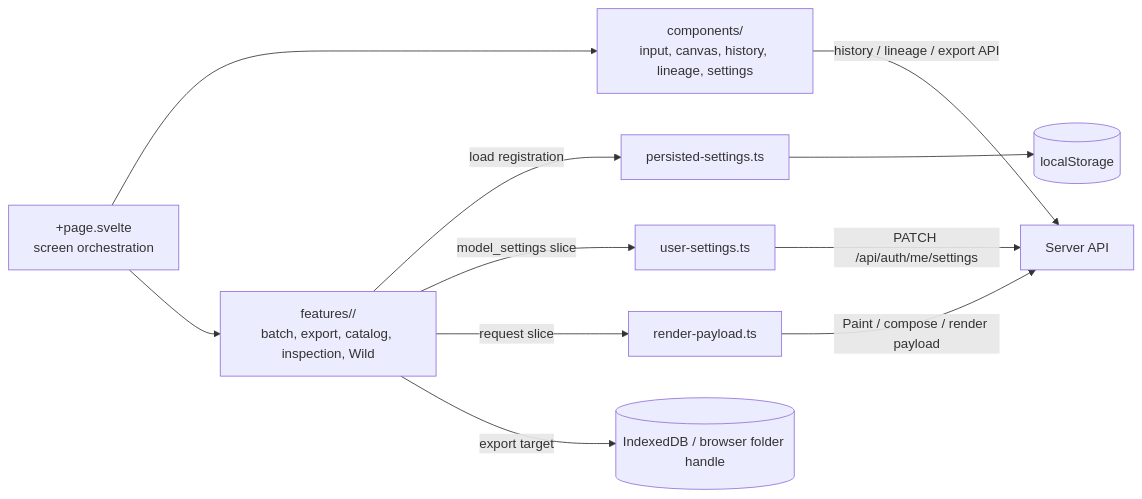
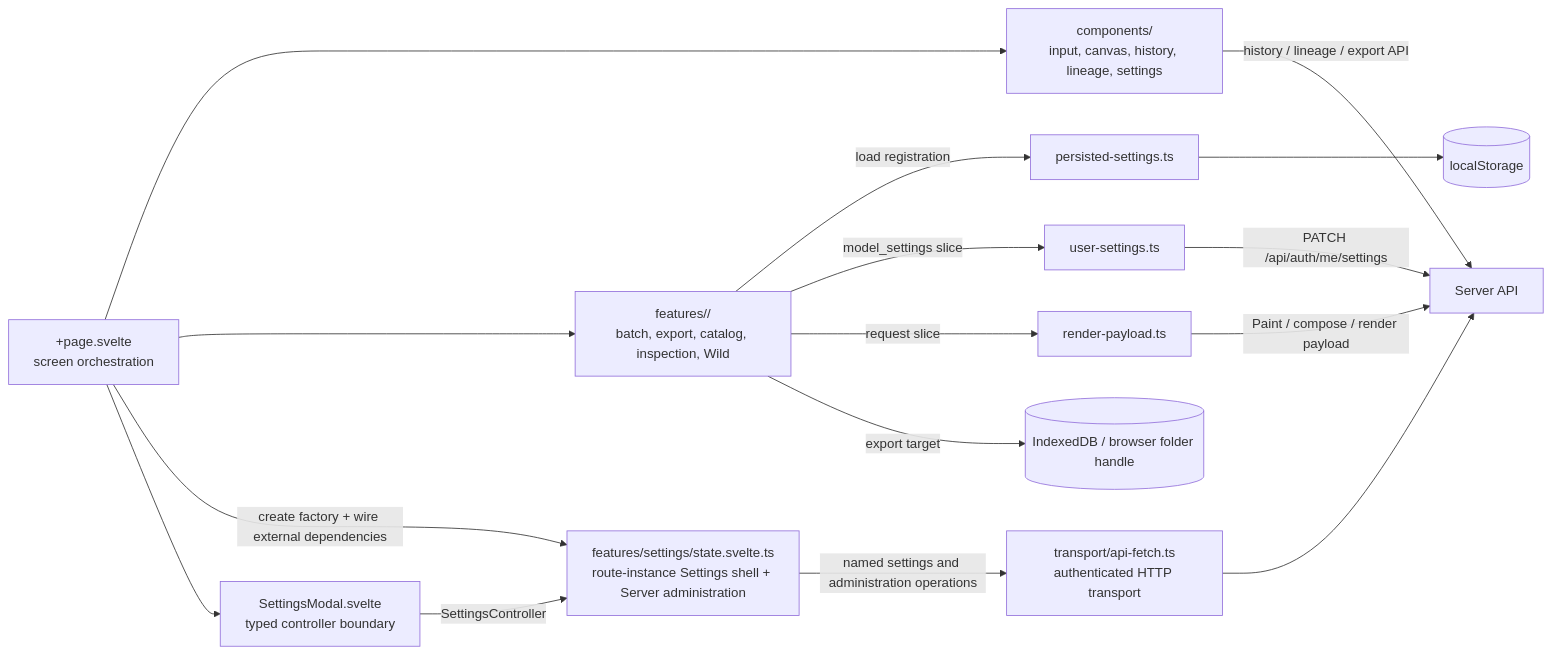
The second of 2 diagrams in docs/architecture/client-boundaries.md (oikawas/inku-lang), drawn with Mermaid before and after one commit. The commit also changed other lines of this file and 7 other files, not shown here.

Commit message:
refactor(web): extract settings shell and server admin

````diff
--- a/docs/architecture/client-boundaries.md
+++ b/docs/architecture/client-boundaries.md
@@ -31,23 +31,31 @@
 ```mermaid
 flowchart LR
     PAGE["+page.svelte\nscreen orchestration"]
     COMPONENTS["components/\ninput, canvas, history, lineage, settings"]
     FEATURES["features/<name>/\nbatch, export, catalog, inspection, Wild"]
+    SETTINGS["features/settings/state.svelte.ts\nroute-instance Settings shell + Server administration"]
+    SETTINGS_MODAL["SettingsModal.svelte\ntyped controller boundary"]
+    TRANSPORT["transport/api-fetch.ts\nauthenticated HTTP transport"]
     PERSIST["persisted-settings.ts"]
     USERSET["user-settings.ts"]
     PAYLOAD["render-payload.ts"]
     LOCAL[("localStorage")]
     INDEXED[("IndexedDB / browser folder handle")]
     API["Server API"]
 
     PAGE --> COMPONENTS
     PAGE --> FEATURES
+    PAGE -->|"create factory + wire external dependencies"| SETTINGS
+    PAGE --> SETTINGS_MODAL
+    SETTINGS_MODAL -->|"SettingsController"| SETTINGS
+    SETTINGS -->|"named settings and administration operations"| TRANSPORT
+    TRANSPORT --> API
     FEATURES -->|"load registration"| PERSIST
     FEATURES -->|"model_settings slice"| USERSET
     FEATURES -->|"request slice"| PAYLOAD
     PERSIST --> LOCAL
     USERSET -->|"PATCH /api/auth/me/settings"| API
     PAYLOAD -->|"Paint / compose / render payload"| API
     FEATURES -->|"export target"| INDEXED
     COMPONENTS -->|"history / lineage / export API"| API
 ```
````
